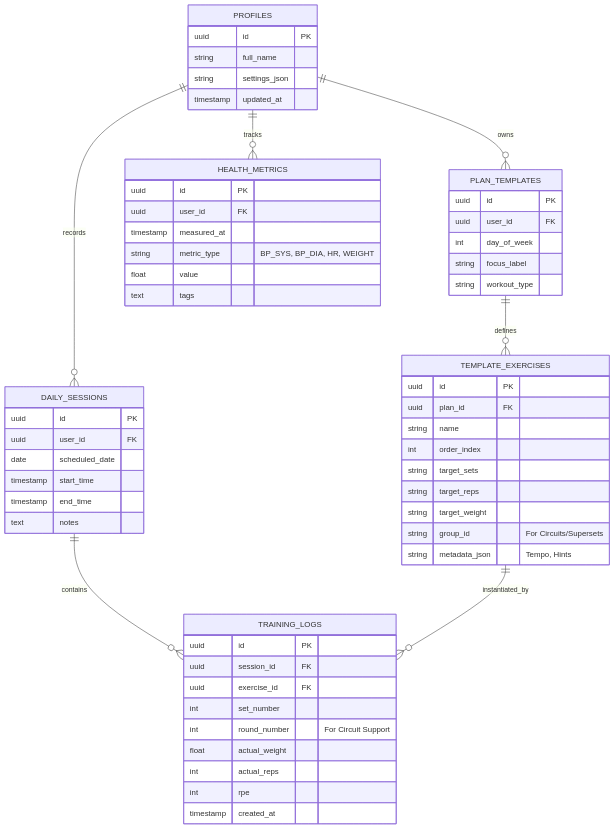
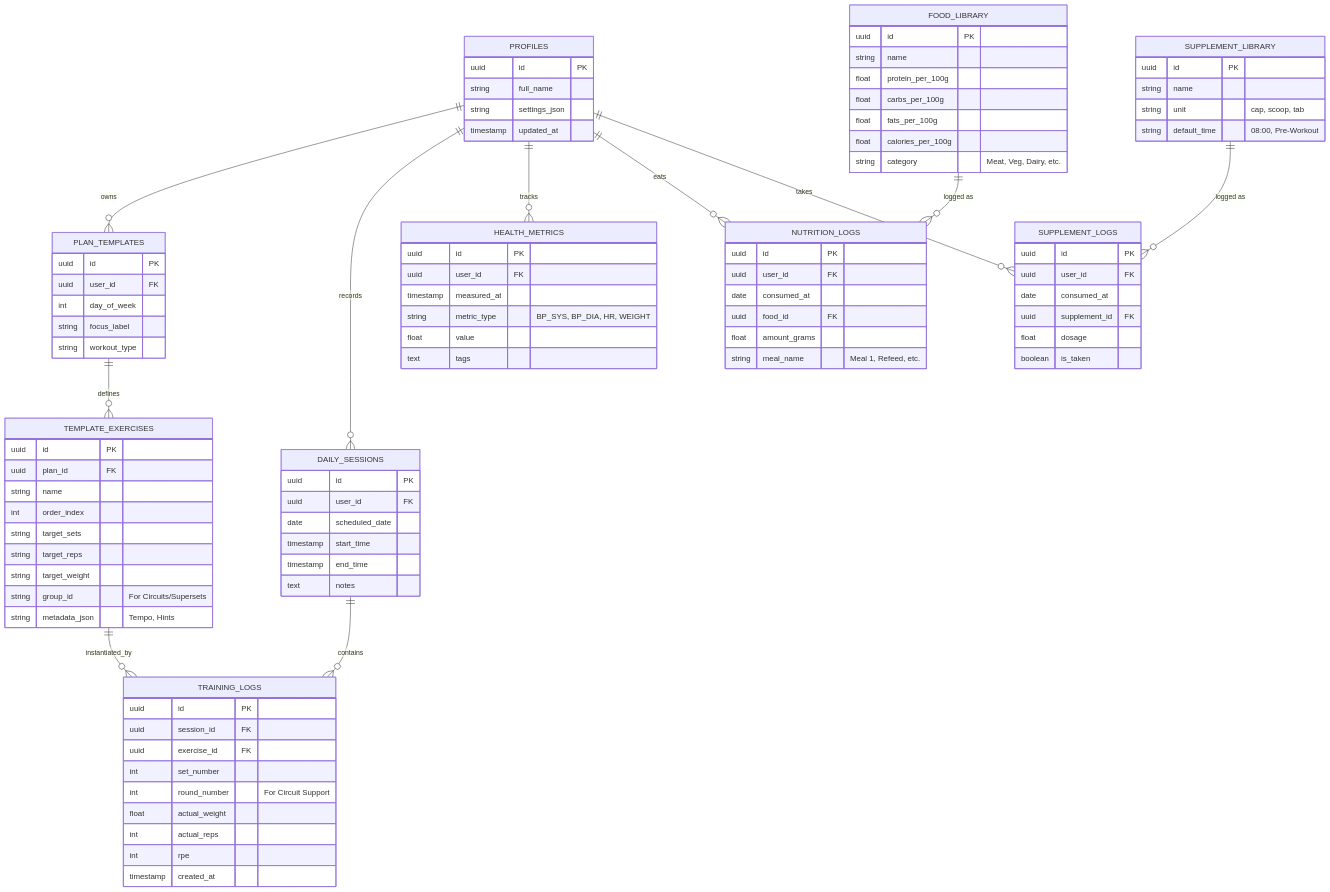
One commit to borissimov/borissimov.github.io changed the diagram in docs/architecture/DATABASE_SCHEMA.md. Above: the diagram before and after it, drawn with Mermaid. The commit also changed other lines of this file, not shown here.

Commit message:
docs: expand normalized schema to include nutrition and supplement libraries

````diff
--- a/docs/architecture/DATABASE_SCHEMA.md
+++ b/docs/architecture/DATABASE_SCHEMA.md
@@ -10,11 +10,16 @@
     PROFILES ||--o{ PLAN_TEMPLATES : owns
     PROFILES ||--o{ DAILY_SESSIONS : records
     PROFILES ||--o{ HEALTH_METRICS : tracks
+    PROFILES ||--o{ NUTRITION_LOGS : eats
+    PROFILES ||--o{ SUPPLEMENT_LOGS : takes
     
     PLAN_TEMPLATES ||--o{ TEMPLATE_EXERCISES : defines
     
     DAILY_SESSIONS ||--o{ TRAINING_LOGS : contains
     TEMPLATE_EXERCISES ||--o{ TRAINING_LOGS : instantiated_by
+
+    FOOD_LIBRARY ||--o{ NUTRITION_LOGS : "logged as"
+    SUPPLEMENT_LIBRARY ||--o{ SUPPLEMENT_LOGS : "logged as"
 
     PROFILES {
         uuid id PK
@@ -72,4 +77,39 @@
         float value
         text tags
     }
+
+    FOOD_LIBRARY {
+        uuid id PK
+        string name
+        float protein_per_100g
+        float carbs_per_100g
+        float fats_per_100g
+        float calories_per_100g
+        string category "Meat, Veg, Dairy, etc."
+    }
+
+    NUTRITION_LOGS {
+        uuid id PK
+        uuid user_id FK
+        date consumed_at
+        uuid food_id FK
+        float amount_grams
+        string meal_name "Meal 1, Refeed, etc."
+    }
+
+    SUPPLEMENT_LIBRARY {
+        uuid id PK
+        string name
+        string unit "cap, scoop, tab"
+        string default_time "08:00, Pre-Workout"
+    }
+
+    SUPPLEMENT_LOGS {
+        uuid id PK
+        uuid user_id FK
+        date consumed_at
+        uuid supplement_id FK
+        float dosage
+        boolean is_taken
+    }
 ```
````
